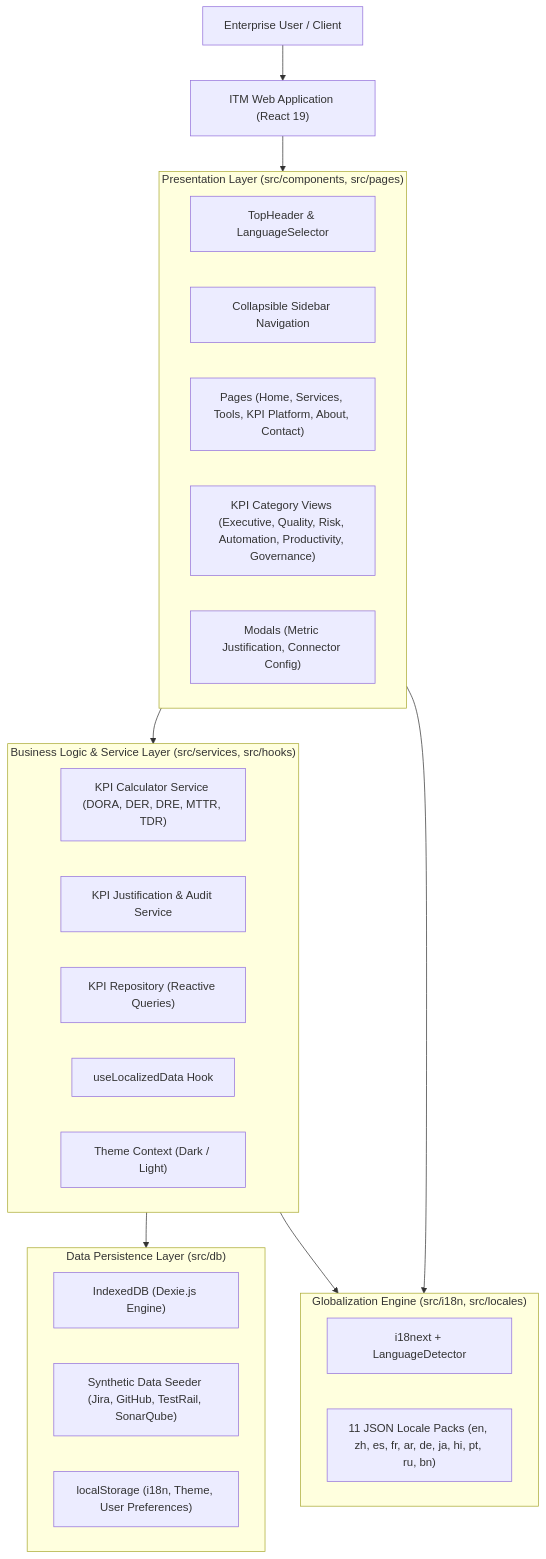
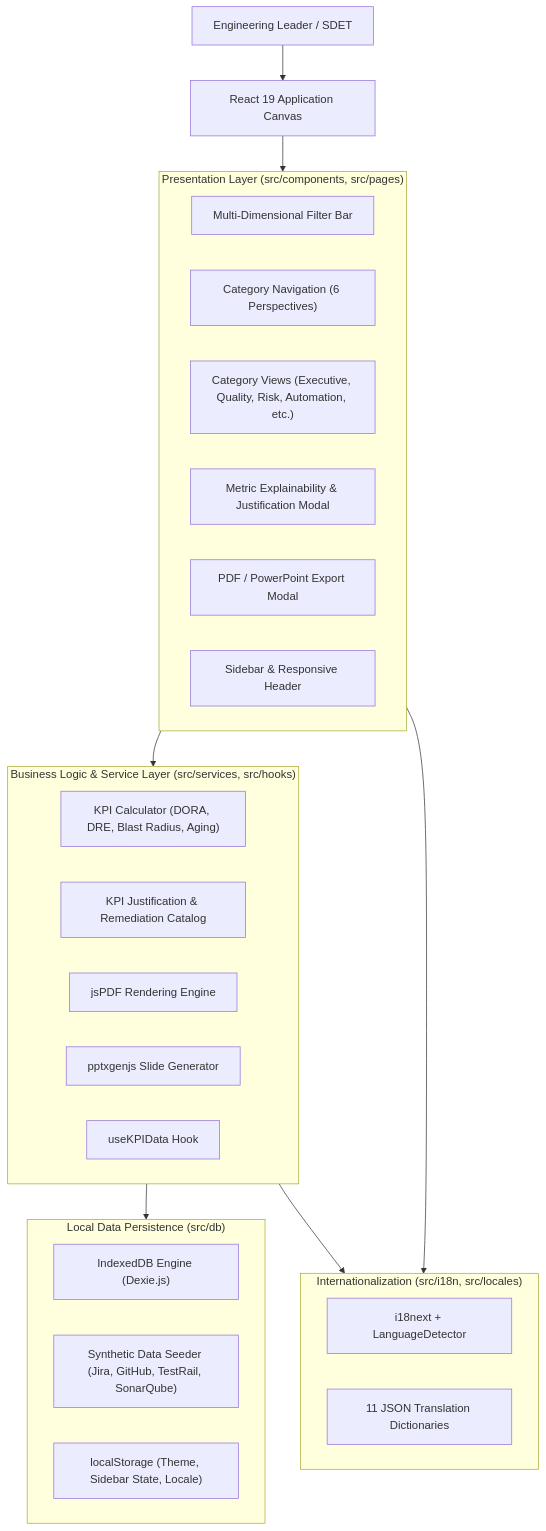
Before and after one commit to INFO-TECH-MICROSYSTEMS/ITMKPIDashboard: the first of 2 diagrams in docs/architecture_and_modularization.md, drawn with Mermaid. The commit also changed other lines of this file and 11 other files, not shown here.

````diff
--- a/docs/architecture_and_modularization.md
+++ b/docs/architecture_and_modularization.md
@@ -25,37 +25,38 @@
 ```mermaid
 graph TD
-    User["Enterprise User / Client"] --> WebApp["ITM Web Application (React 19)"]
+    User["Engineering Leader / SDET"] --> UI["React 19 Application Canvas"]
     
     subgraph PresentationLayer["Presentation Layer (src/components, src/pages)"]
-        TopHeader["TopHeader & LanguageSelector"]
-        Sidebar["Collapsible Sidebar Navigation"]
-        Pages["Pages (Home, Services, Tools, KPI Platform, About, Contact)"]
-        KPIViews["KPI Category Views (Executive, Quality, Risk, Automation, Productivity, Governance)"]
-        Modals["Modals (Metric Justification, Connector Config)"]
+        FilterBar["Multi-Dimensional Filter Bar"]
+        CategoryTabs["Category Navigation (6 Perspectives)"]
+        KPIViews["Category Views (Executive, Quality, Risk, Automation, etc.)"]
+        MetricModal["Metric Explainability & Justification Modal"]
+        ExportModal["PDF / PowerPoint Export Modal"]
+        SidebarNav["Sidebar & Responsive Header"]
     end
     
-    subgraph BusinessLogicLayer["Business Logic & Service Layer (src/services, src/hooks)"]
-        KPICalc["KPI Calculator Service (DORA, DER, DRE, MTTR, TDR)"]
-        KPIJustify["KPI Justification & Audit Service"]
-        KPIRepo["KPI Repository (Reactive Queries)"]
-        LocalDataHook["useLocalizedData Hook"]
-        ThemeContext["Theme Context (Dark / Light)"]
+    subgraph CalculationLayer["Business Logic & Service Layer (src/services, src/hooks)"]
+        CalculatorService["KPI Calculator (DORA, DRE, Blast Radius, Aging)"]
+        JustificationService["KPI Justification & Remediation Catalog"]
+        PDFExportService["jsPDF Rendering Engine"]
+        PPTXExportService["pptxgenjs Slide Generator"]
+        KPIDataHook["useKPIData Hook"]
     end
     
-    subgraph DataPersistenceLayer["Data Persistence Layer (src/db)"]
-        DexieDB["IndexedDB (Dexie.js Engine)"]
+    subgraph PersistenceLayer["Local Data Persistence (src/db)"]
+        DexieDB["IndexedDB Engine (Dexie.js)"]
         Seeder["Synthetic Data Seeder (Jira, GitHub, TestRail, SonarQube)"]
-        LocalStorage["localStorage (i18n, Theme, User Preferences)"]
+        LocalCache["localStorage (Theme, Sidebar State, Locale)"]
     end
     
-    subgraph I18nLayer["Globalization Engine (src/i18n, src/locales)"]
-        I18nCore["i18next + LanguageDetector"]
-        Locales["11 JSON Locale Packs (en, zh, es, fr, ar, de, ja, hi, pt, ru, bn)"]
+    subgraph I18nEngine["Internationalization (src/i18n, src/locales)"]
+        i18nCore["i18next + LanguageDetector"]
+        Locales["11 JSON Translation Dictionaries"]
     end
 
-    WebApp --> PresentationLayer
-    PresentationLayer --> BusinessLogicLayer
-    BusinessLogicLayer --> DataPersistenceLayer
-    PresentationLayer --> I18nLayer
-    BusinessLogicLayer --> I18nLayer
+    UI --> PresentationLayer
+    PresentationLayer --> CalculationLayer
+    CalculationLayer --> PersistenceLayer
+    PresentationLayer --> I18nEngine
+    CalculationLayer --> I18nEngine
 ```
````
